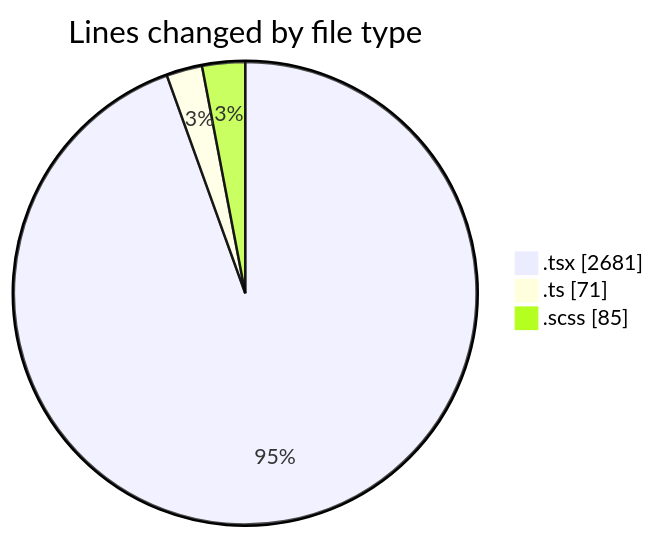
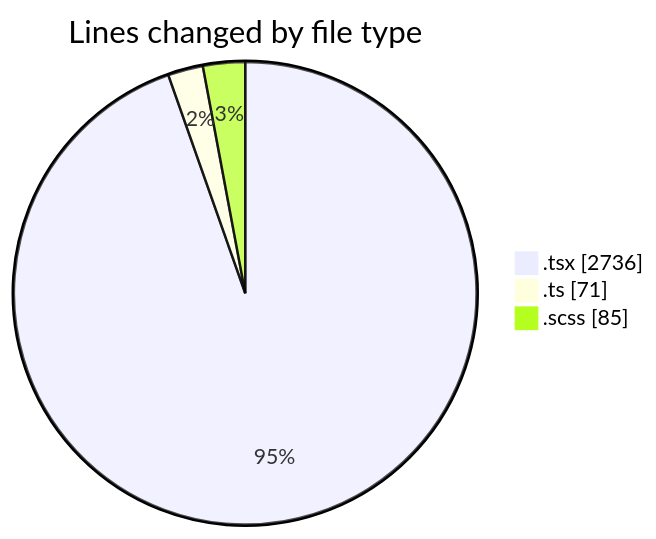
One commit to momahboobian/code-tracking changed the first of 2 diagrams in 2025-02-11/cda/README.md. Above: the diagram before and after it, drawn with Mermaid. The commit also changed other lines of this file and 1 other file, not shown here.

````diff
--- a/2025-02-11/cda/README.md
+++ b/2025-02-11/cda/README.md
@@ -24,7 +24,7 @@
 ```mermaid
 pie showData
 title Lines changed by file type
-".tsx" : 2681
+".tsx" : 2736
 ".ts" : 71
 ".scss" : 85
 ```
````
